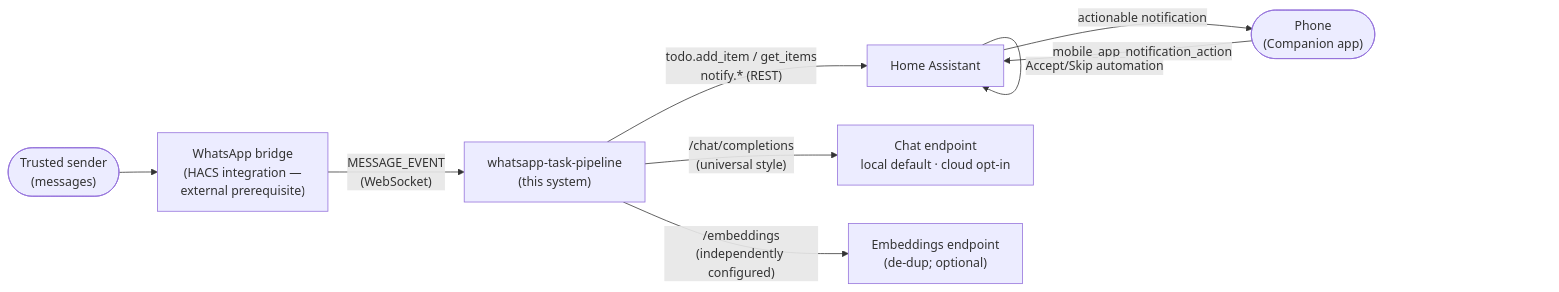
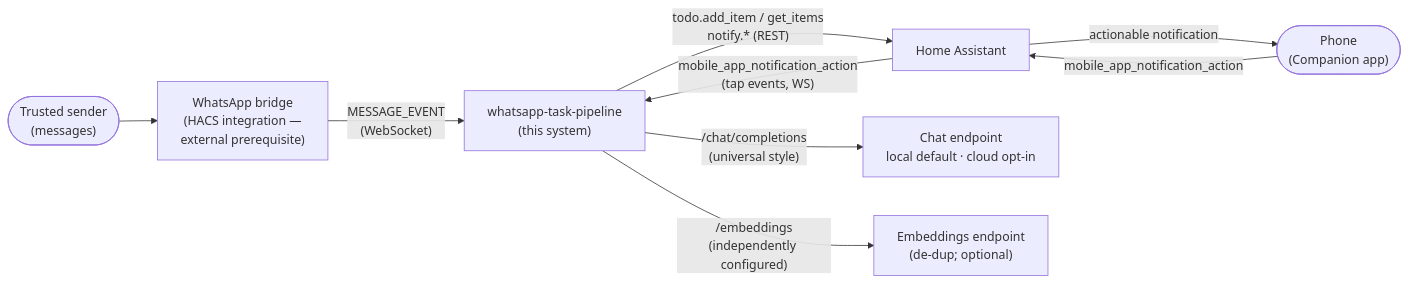
One commit to danaghili/whatsapp-task-pipeline changed the diagram in docs/architecture/03-context.md. Above: the diagram before and after it, drawn with Mermaid. The commit also changed other lines of this file and 11 other files, not shown here.

First line of the commit message:
Record sync for the tool-side Accept/Skip fix (D-0018)

````diff
--- a/docs/architecture/03-context.md
+++ b/docs/architecture/03-context.md
@@ -8,11 +8,11 @@
 ```mermaid
 graph LR
     sender(["Trusted sender<br/>(messages)"]) --> bridge["WhatsApp bridge<br/>(HACS integration —<br/>external prerequisite)"]
     bridge -- "MESSAGE_EVENT<br/>(WebSocket)" --> pipeline["whatsapp-task-pipeline<br/>(this system)"]
     pipeline -- "todo.add_item / get_items<br/>notify.* (REST)" --> ha["Home Assistant"]
     pipeline -- "/chat/completions<br/>(universal style)" --> chat["Chat endpoint<br/>local default · cloud opt-in"]
     pipeline -- "/embeddings<br/>(independently configured)" --> embed["Embeddings endpoint<br/>(de-dup; optional)"]
     ha -- "actionable notification" --> phone(["Phone<br/>(Companion app)"])
     phone -- "mobile_app_notification_action" --> ha
-    ha -- "Accept/Skip automation" --> ha
+    ha -- "mobile_app_notification_action<br/>(tap events, WS)" --> pipeline
 ```
````
